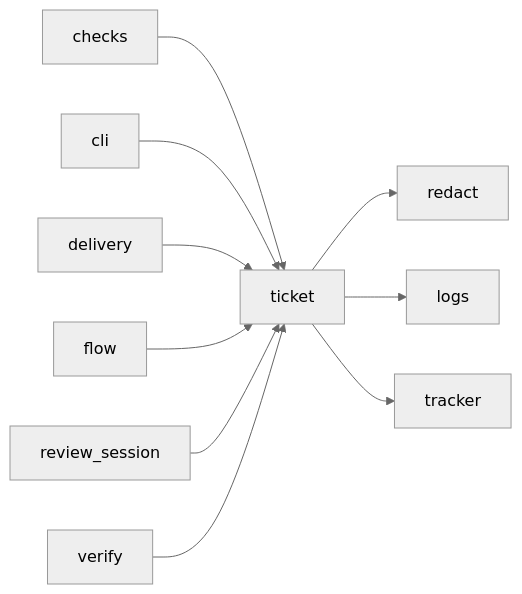
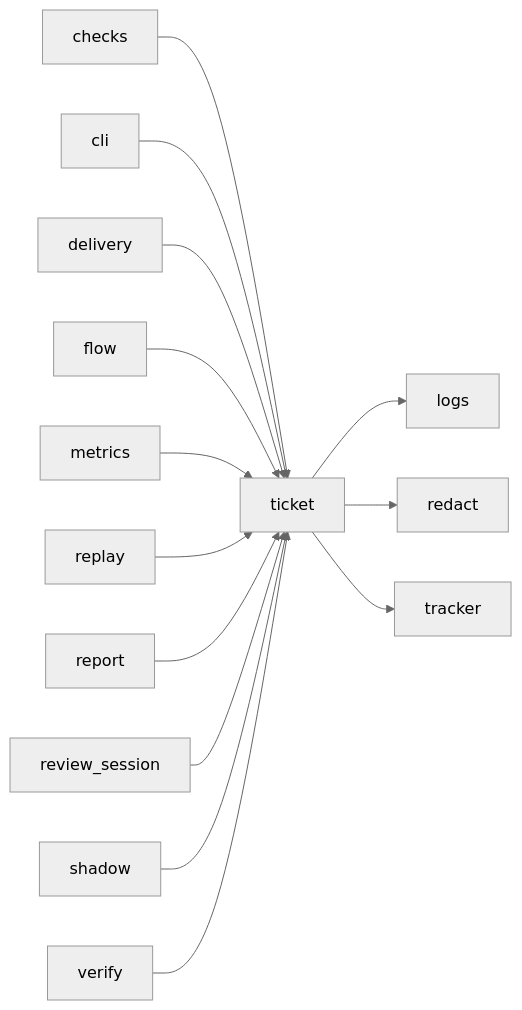
Before and after one commit to plaplanche/ariane: the diagram in docs/architecture/modules/ticket.md, drawn with Mermaid (neutral theme). The commit also changed other lines of this file and 33 other files, not shown here.

Commit message:
#120: Generate the module dependency graphs of the architecture docs from the code (C25)

````diff
--- a/docs/architecture/modules/ticket.md
+++ b/docs/architecture/modules/ticket.md
@@ -18,12 +19,16 @@
 ```mermaid
 flowchart LR
-  ticket --> redact
-  ticket --> logs
-  ticket --> tracker
   checks --> ticket
   cli --> ticket
   delivery --> ticket
   flow --> ticket
+  metrics --> ticket
+  replay --> ticket
+  report --> ticket
   review_session --> ticket
+  shadow --> ticket
+  ticket --> logs
+  ticket --> redact
+  ticket --> tracker
   verify --> ticket
 ```
````
